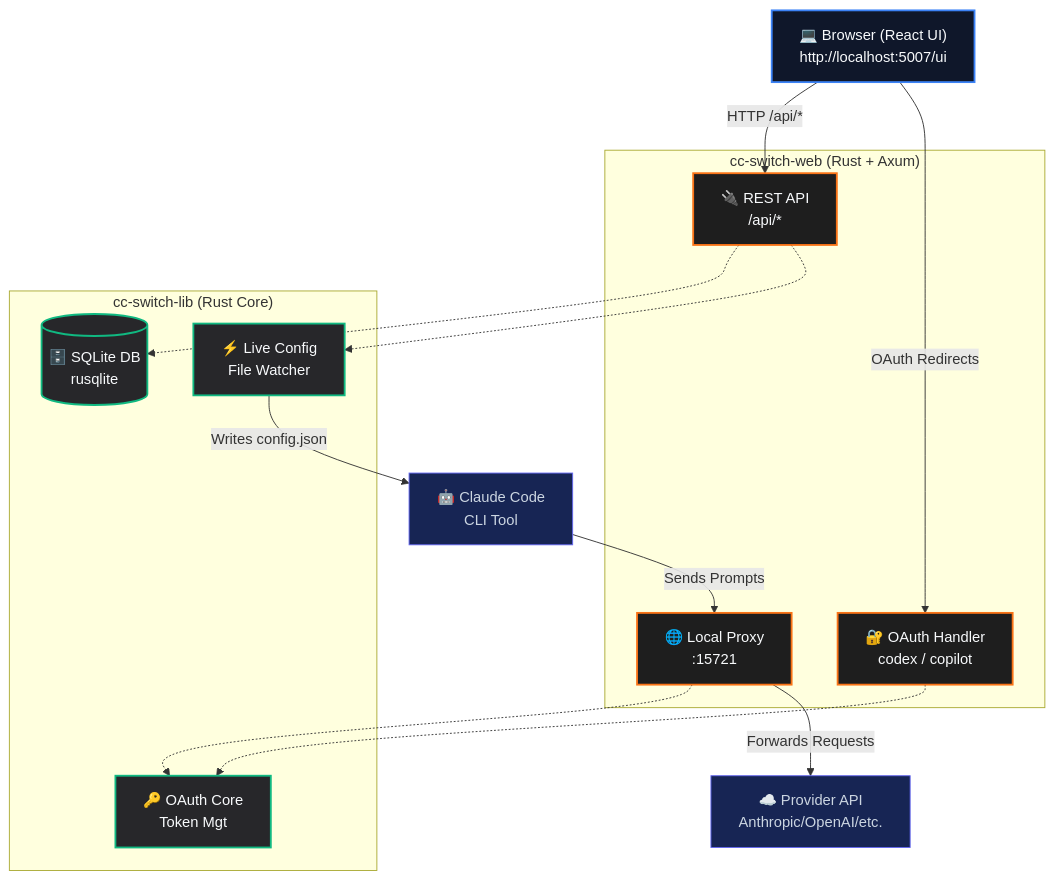
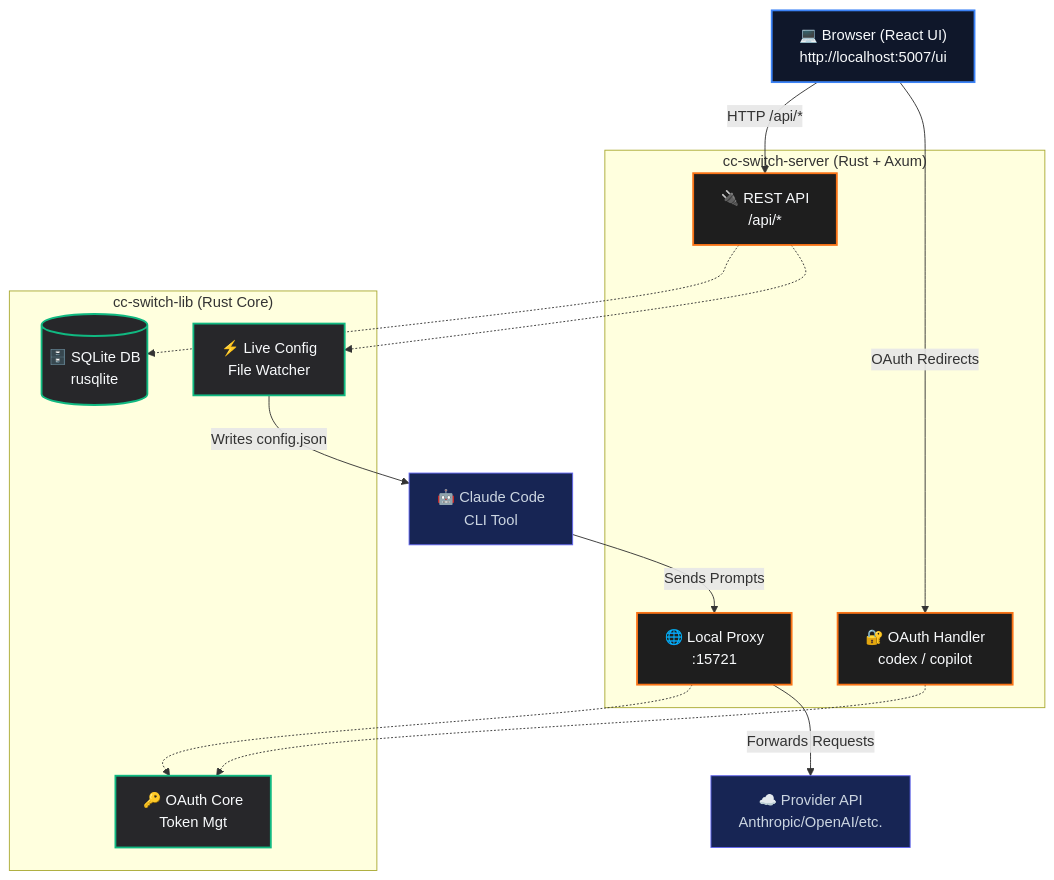
Before and after one commit to huangbogeng/cc-switch-ui: the diagram in README.md, drawn with Mermaid. The commit also changed other lines of this file and 65 other files, not shown here.

Commit message:
refactor(server): rename cc-switch-web to cc-switch-server

````diff
--- a/README.md
+++ b/README.md
@@ -112,39 +112,39 @@
 ```mermaid
 graph TD
     %% Define Styles
     classDef frontend fill:#0f172a,stroke:#3b82f6,stroke-width:2px,color:#f8fafc
     classDef backend fill:#1e1e1e,stroke:#f97316,stroke-width:2px,color:#f8fafc
     classDef library fill:#27272a,stroke:#10b981,stroke-width:2px,color:#f8fafc
     classDef ext fill:#172554,stroke:#6366f1,stroke-width:1px,color:#cbd5e1
 
     %% Nodes
     UI["💻 Browser (React UI)<br/>http://localhost:5007/ui"]:::frontend
     
-    subgraph CC_Switch_Web ["cc-switch-web (Rust + Axum)"]
+    subgraph CC_Switch_Web ["cc-switch-server (Rust + Axum)"]
         API["🔌 REST API<br/>/api/*"]:::backend
         OAuth["🔐 OAuth Handler<br/>codex / copilot"]:::backend
         Proxy["🌐 Local Proxy<br/>:15721"]:::backend
     end
     
     subgraph CC_Switch_Lib ["cc-switch-lib (Rust Core)"]
         DB[("🗄️ SQLite DB<br/>rusqlite")]:::library
         LiveConfig["⚡ Live Config<br/>File Watcher"]:::library
         OAuthCore["🔑 OAuth Core<br/>Token Mgt"]:::library
     end
     
     ClaudeCode["🤖 Claude Code<br/>CLI Tool"]:::ext
     ProviderAPI["☁️ Provider API<br/>Anthropic/OpenAI/etc."]:::ext
 
     %% Connections
     UI -- "HTTP /api/*" --> API
     UI -- "OAuth Redirects" --> OAuth
     
     API -.-> DB
     API -.-> LiveConfig
     OAuth -.-> OAuthCore
     Proxy -.-> OAuthCore
     
     LiveConfig -- "Writes config.json" --> ClaudeCode
     ClaudeCode -- "Sends Prompts" --> Proxy
     Proxy -- "Forwards Requests" --> ProviderAPI
 ```
````
